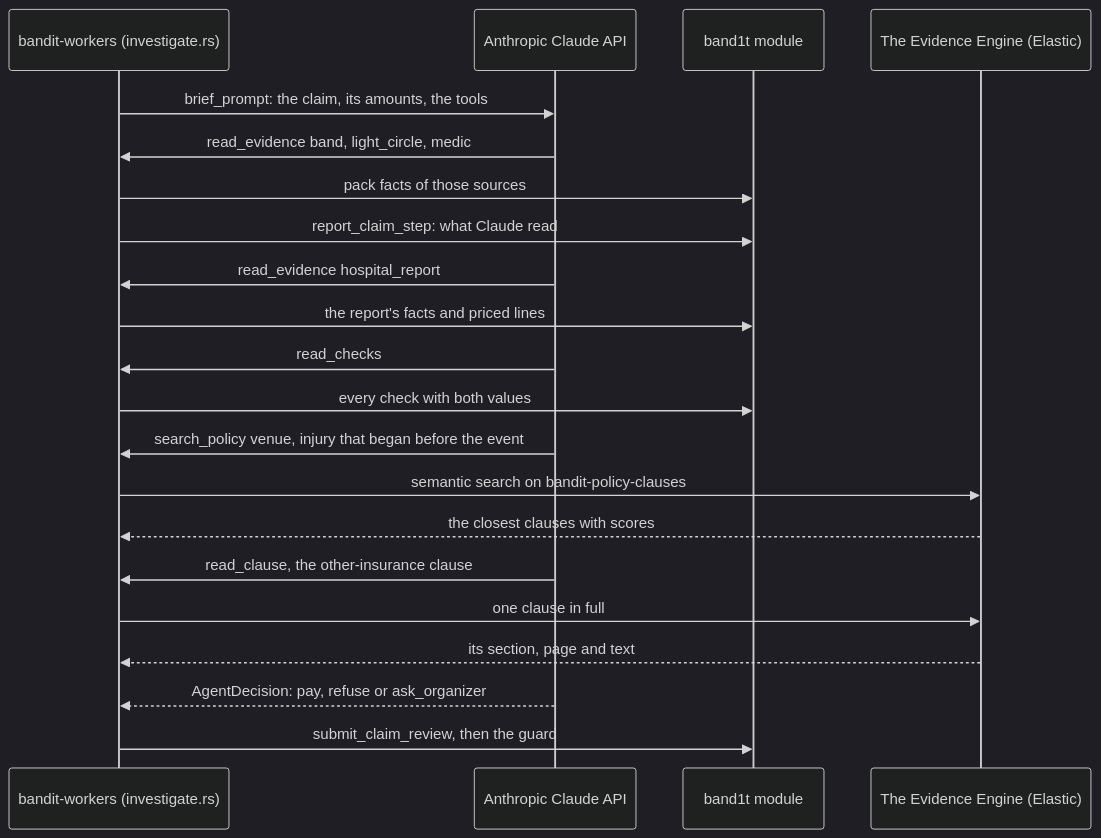
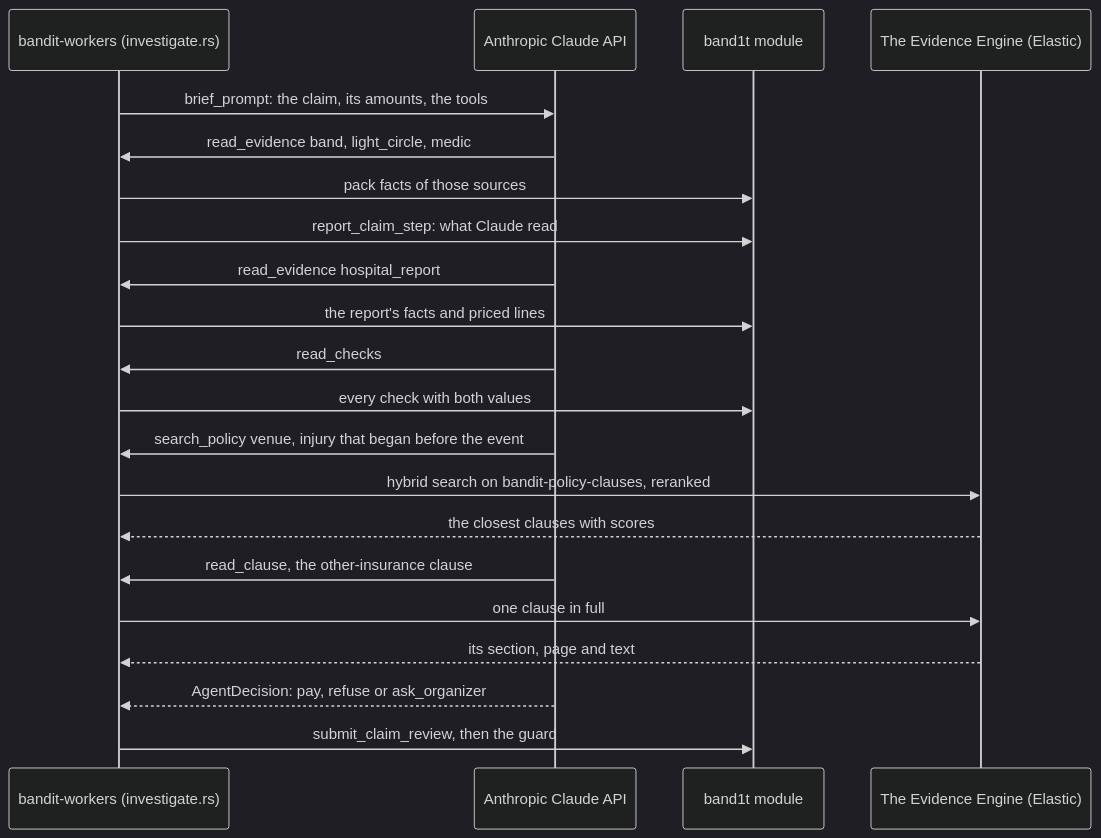
The second of 6 diagrams in System Design/6-features/Insurance.md (viktorinkov/cal-hacks-13), drawn with Mermaid (dark theme) before and after one commit. The commit also changed other lines of this file and 8 other files, not shown here.

Commit message:
design: hybrid search with rerank for clauses and the recap

````diff
--- a/System Design/6-features/Insurance.md
+++ b/System Design/6-features/Insurance.md
@@ -170,23 +170,23 @@
 ```mermaid
 sequenceDiagram
   participant W as bandit-workers (investigate.rs)
   participant C as Anthropic Claude API
   participant M as band1t module
   participant E as The Evidence Engine (Elastic)
   W->>C: brief_prompt: the claim, its amounts, the tools
   C->>W: read_evidence band, light_circle, medic
   W->>M: pack facts of those sources
   W->>M: report_claim_step: what Claude read
   C->>W: read_evidence hospital_report
   W->>M: the report's facts and priced lines
   C->>W: read_checks
   W->>M: every check with both values
   C->>W: search_policy venue, injury that began before the event
-  W->>E: semantic search on bandit-policy-clauses
+  W->>E: hybrid search on bandit-policy-clauses, reranked
   E-->>W: the closest clauses with scores
   C->>W: read_clause, the other-insurance clause
   W->>E: one clause in full
   E-->>W: its section, page and text
   C-->>W: AgentDecision: pay, refuse or ask_organizer
   W->>M: submit_claim_review, then the guard
 ```
````
